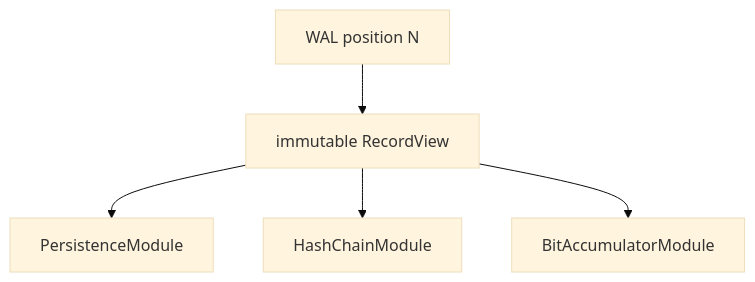
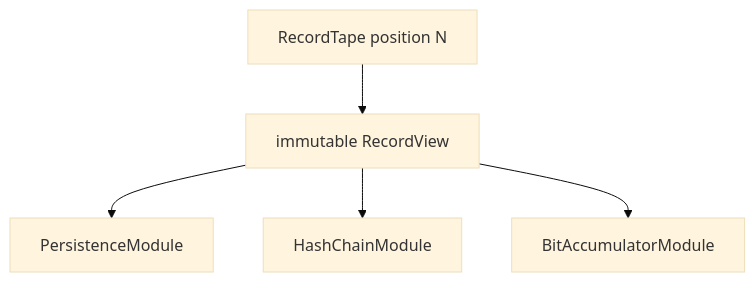
One commit to UglyPusher/ll_exp changed the second of 3 diagrams in exchange/snapshot_demo/doc/README.md. Above: the diagram before and after it, drawn with Mermaid (base theme). The commit also changed other lines of this file and 26 other files, not shown here.

Commit message:
Rename runtime data string to RecordTape

````diff
--- a/exchange/snapshot_demo/doc/README.md
+++ b/exchange/snapshot_demo/doc/README.md
@@ -63,7 +63,7 @@
 ```mermaid
 flowchart TB
-    W[WAL position N] --> PV[immutable RecordView]
+    W[RecordTape position N] --> PV[immutable RecordView]
     PV --> PM[PersistenceModule]
     PV --> HM[HashChainModule]
     PV --> BM[BitAccumulatorModule]
 ```
````
